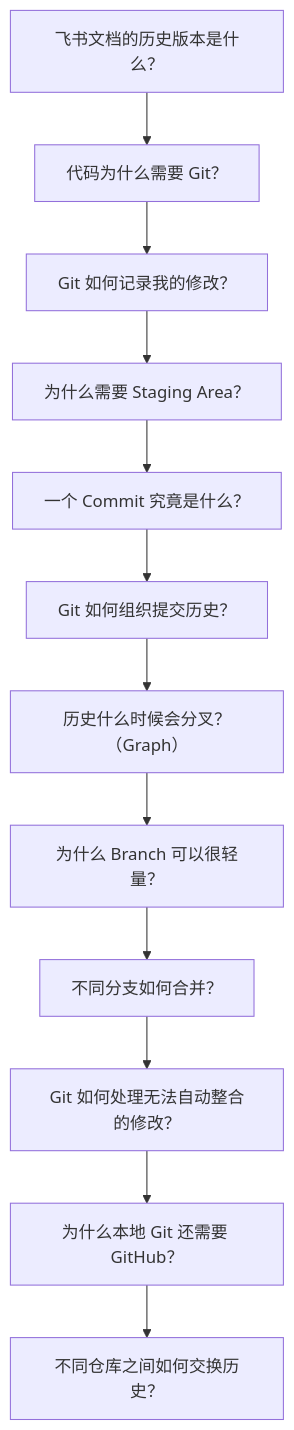
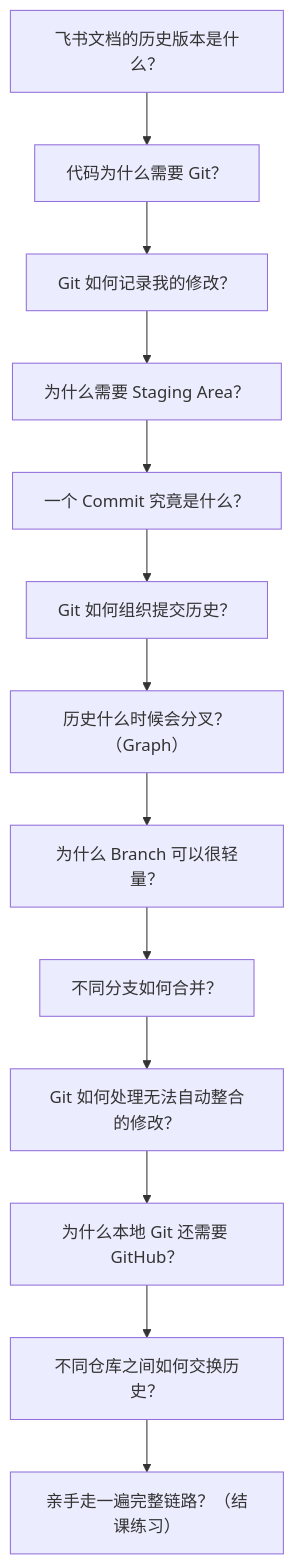
Before and after one commit to Ackii-Lo/2627-weekly-session: diagram 20 of 20 in Contents/S02-20261030-Git/ref/git-ref.md, drawn with Mermaid. The commit also changed other lines of this file and 2 other files, not shown here.

````diff
--- a/Contents/S02-20261030-Git/ref/git-ref.md
+++ b/Contents/S02-20261030-Git/ref/git-ref.md
@@ -1156,12 +1159,13 @@
 ```mermaid
 flowchart TD
     Q0["飞书文档的历史版本是什么？"] --> Q1["代码为什么需要 Git？"] --> Q2["Git 如何记录我的修改？"]
     Q2 --> Q3["为什么需要 Staging Area？"]
     Q3 --> Q4["一个 Commit 究竟是什么？"]
     Q4 --> Q5["Git 如何组织提交历史？"]
     Q5 --> Q55["历史什么时候会分叉？（Graph）"] --> Q6["为什么 Branch 可以很轻量？"]
     Q6 --> Q7["不同分支如何合并？"]
     Q7 --> Q8["Git 如何处理无法自动整合的修改？"]
     Q8 --> Q9["为什么本地 Git 还需要 GitHub？"]
     Q9 --> Q10["不同仓库之间如何交换历史？"]
+    Q10 --> Q11["亲手走一遍完整链路？（结课练习）"]
 ```
````
